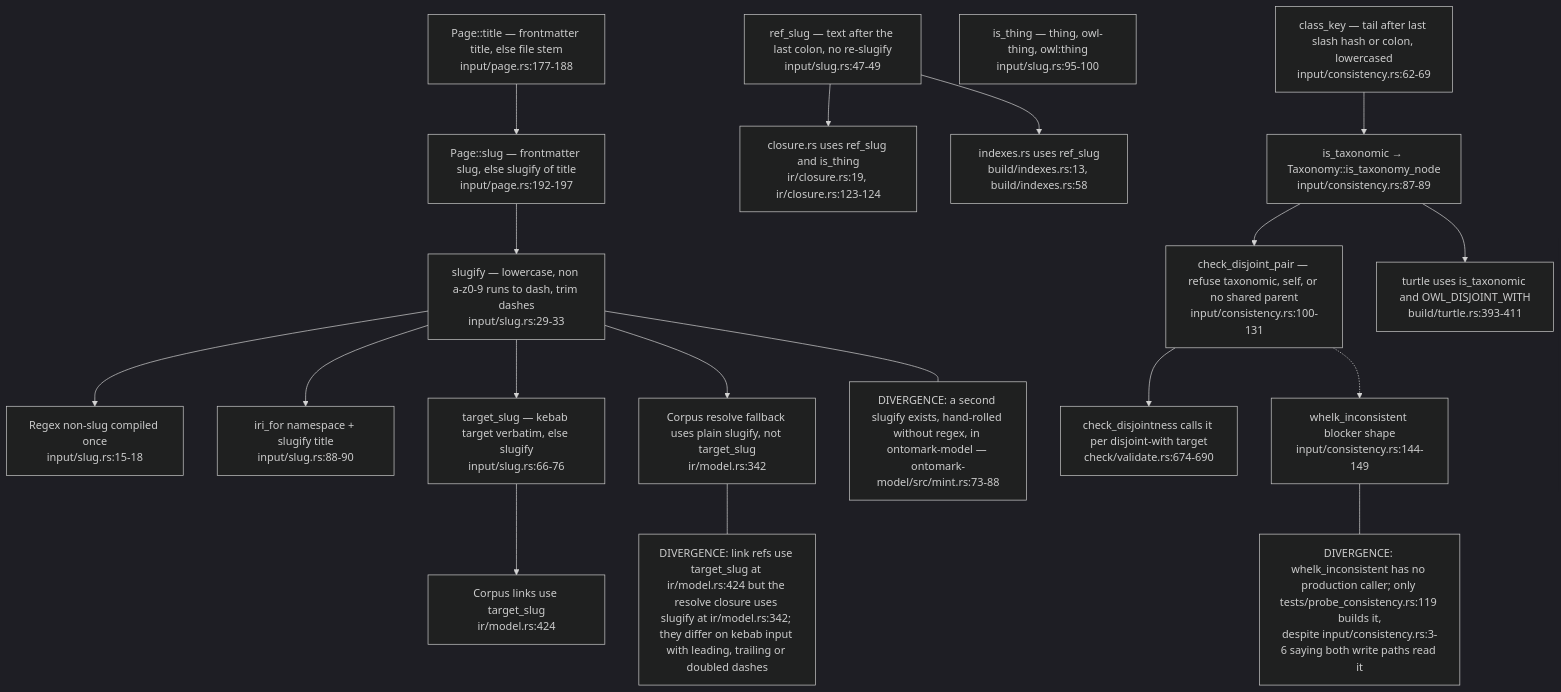
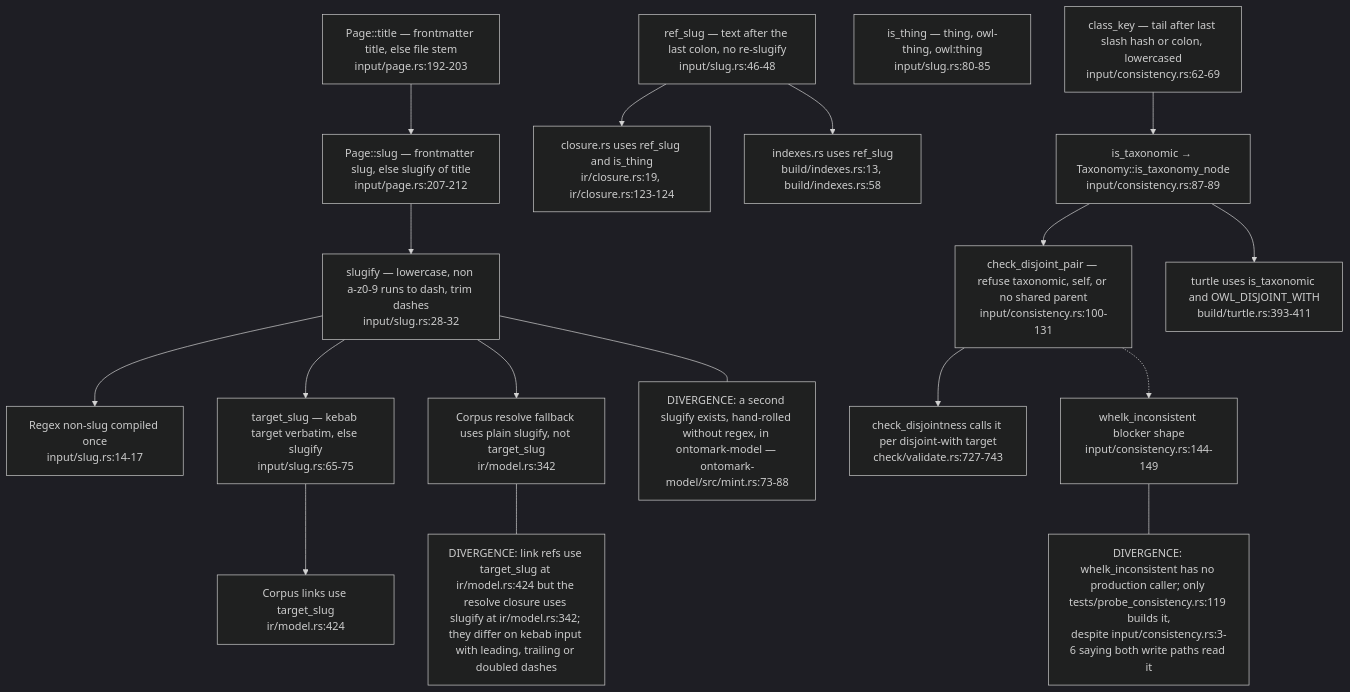
One commit to DreamLab-AI/VisionFlow changed the fifth of 6 diagrams in docs/diagrams/ontomark/01-input-layer-vault-pages-and-gates.md. Above: the diagram before and after it, drawn with Mermaid (dark theme). The commit also changed other lines of this file and 10 other files, not shown here.

First line of the commit message:
docs(diagrams): re-stamp the ontomark corpus at ee9e04a; OM-06 machine scope and ingest contract

````diff
--- a/docs/diagrams/ontomark/01-input-layer-vault-pages-and-gates.md
+++ b/docs/diagrams/ontomark/01-input-layer-vault-pages-and-gates.md
@@ -190,37 +195,35 @@
 ```mermaid
 flowchart TD
-    TITLE["Page::title — frontmatter title, else file stem<br/>input/page.rs:177-188"]
-    SLUGP["Page::slug — frontmatter slug, else slugify of title<br/>input/page.rs:192-197"]
-    SLUGIFY["slugify — lowercase, non a-z0-9 runs to dash, trim dashes<br/>input/slug.rs:29-33"]
-    RE["Regex non-slug compiled once<br/>input/slug.rs:15-18"]
-    REFSLUG["ref_slug — text after the last colon, no re-slugify<br/>input/slug.rs:47-49"]
-    TARGET["target_slug — kebab target verbatim, else slugify<br/>input/slug.rs:66-76"]
-    IRIFOR["iri_for namespace + slugify title<br/>input/slug.rs:88-90"]
-    THING["is_thing — thing, owl-thing, owl:thing<br/>input/slug.rs:95-100"]
+    TITLE["Page::title — frontmatter title, else file stem<br/>input/page.rs:192-203"]
+    SLUGP["Page::slug — frontmatter slug, else slugify of title<br/>input/page.rs:207-212"]
+    SLUGIFY["slugify — lowercase, non a-z0-9 runs to dash, trim dashes<br/>input/slug.rs:28-32"]
+    RE["Regex non-slug compiled once<br/>input/slug.rs:14-17"]
+    REFSLUG["ref_slug — text after the last colon, no re-slugify<br/>input/slug.rs:46-48"]
+    TARGET["target_slug — kebab target verbatim, else slugify<br/>input/slug.rs:65-75"]
+    THING["is_thing — thing, owl-thing, owl:thing<br/>input/slug.rs:80-85"]
     U1["closure.rs uses ref_slug and is_thing<br/>ir/closure.rs:19, ir/closure.rs:123-124"]
     U2["indexes.rs uses ref_slug<br/>build/indexes.rs:13, build/indexes.rs:58"]
     U3["Corpus links use target_slug<br/>ir/model.rs:424"]
     U4["Corpus resolve fallback uses plain slugify, not target_slug<br/>ir/model.rs:342"]
     CKEY["class_key — tail after last slash hash or colon, lowercased<br/>input/consistency.rs:62-69"]
     TAX["is_taxonomic → Taxonomy::is_taxonomy_node<br/>input/consistency.rs:87-89"]
     CDP["check_disjoint_pair — refuse taxonomic, self, or no shared parent<br/>input/consistency.rs:100-131"]
-    CALL["check_disjointness calls it per disjoint-with target<br/>check/validate.rs:674-690"]
+    CALL["check_disjointness calls it per disjoint-with target<br/>check/validate.rs:727-743"]
     TTL["turtle uses is_taxonomic and OWL_DISJOINT_WITH<br/>build/turtle.rs:393-411"]
     WHELK["whelk_inconsistent blocker shape<br/>input/consistency.rs:144-149"]
     TITLE --> SLUGP --> SLUGIFY --> RE
-    SLUGIFY --> IRIFOR
     SLUGIFY --> TARGET
     REFSLUG --> U1
     REFSLUG --> U2
     TARGET --> U3
     SLUGIFY --> U4
     CKEY --> TAX --> CDP --> CALL
     TAX --> TTL
     CDP -.-> WHELK
     note1["DIVERGENCE: a second slugify exists, hand-rolled without regex, in ontomark-model — ontomark-model/src/mint.rs:73-88"]
     note2["DIVERGENCE: whelk_inconsistent has no production caller; only tests/probe_consistency.rs:119 builds it,<br/>despite input/consistency.rs:3-6 saying both write paths read it"]
     note3["DIVERGENCE: link refs use target_slug at ir/model.rs:424 but the resolve closure uses slugify at ir/model.rs:342; they differ on kebab input with leading, trailing or doubled dashes"]
     SLUGIFY --- note1
     WHELK --- note2
     U4 --- note3
 ```
````
